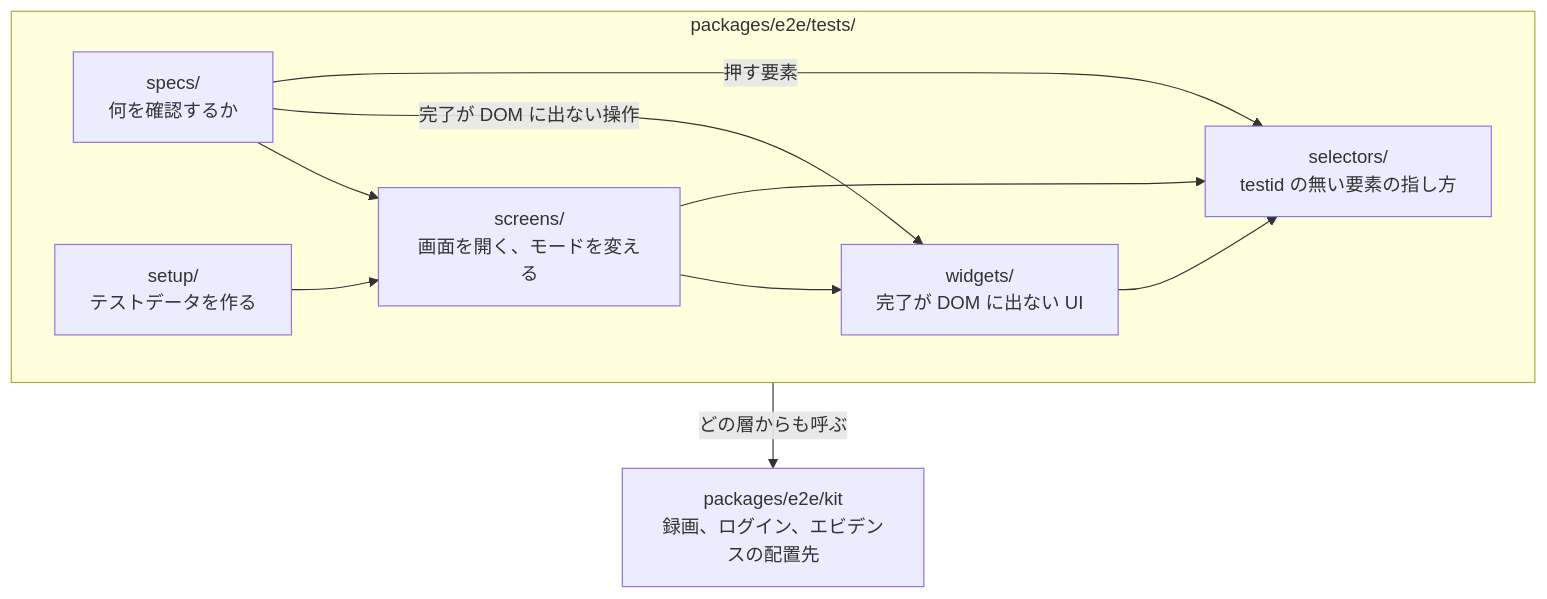
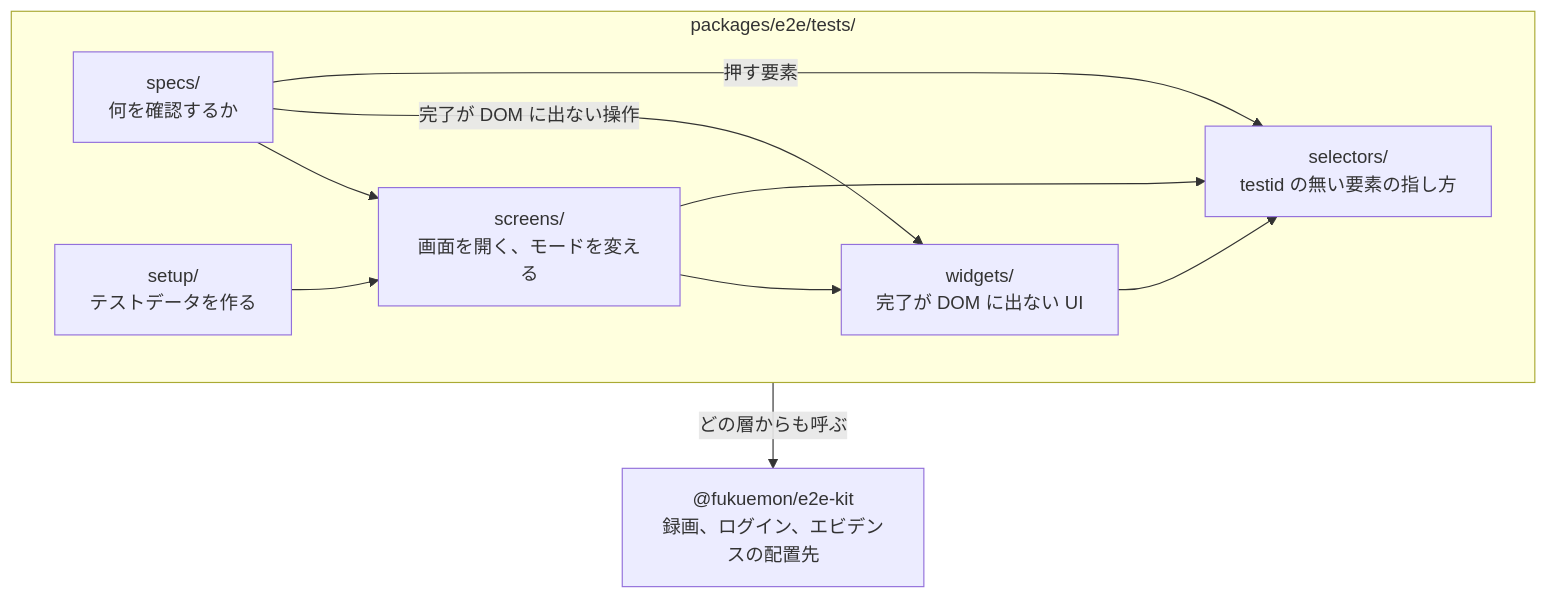
The first of 4 diagrams in packages/e2e/DesignDoc.md (Fukuemon/buddy), drawn with Mermaid before and after one commit. The commit also changed other lines of this file and 9 other files, not shown here.

````diff
--- a/packages/e2e/DesignDoc.md
+++ b/packages/e2e/DesignDoc.md
@@ -58,20 +58,20 @@
 ```mermaid
 flowchart TB
   subgraph product["packages/e2e/tests/"]
     specs["specs/<br/>何を確認するか"]
     setup["setup/<br/>テストデータを作る"]
     screens["screens/<br/>画面を開く、モードを変える"]
     widgets["widgets/<br/>完了が DOM に出ない UI"]
     selectors["selectors/<br/>testid の無い要素の指し方"]
   end
-  kit["packages/e2e/kit<br/>録画、ログイン、エビデンスの配置先"]
+  kit["@fukuemon/e2e-kit<br/>録画、ログイン、エビデンスの配置先"]
 
   specs --> screens
   setup --> screens
   specs -->|"完了が DOM に出ない操作"| widgets
   screens --> widgets
   specs -->|"押す要素"| selectors
   screens --> selectors
   widgets --> selectors
   product -->|"どの層からも呼ぶ"| kit
 ```
````
